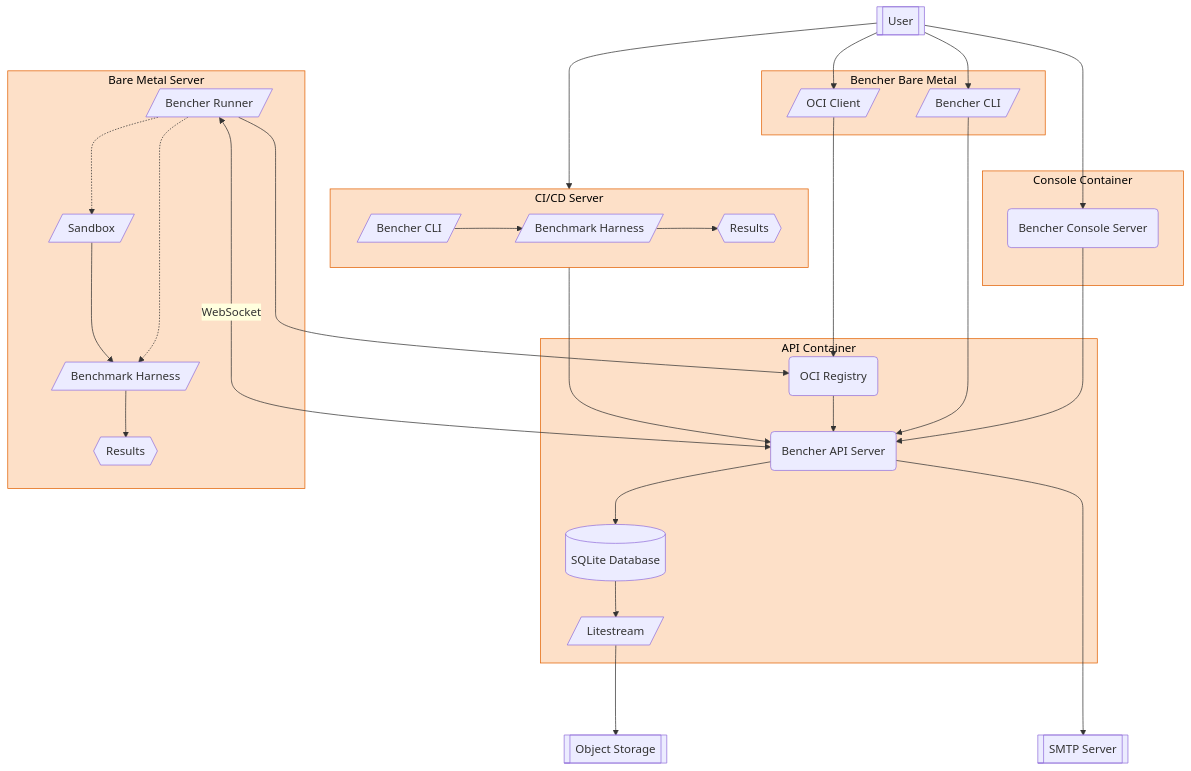
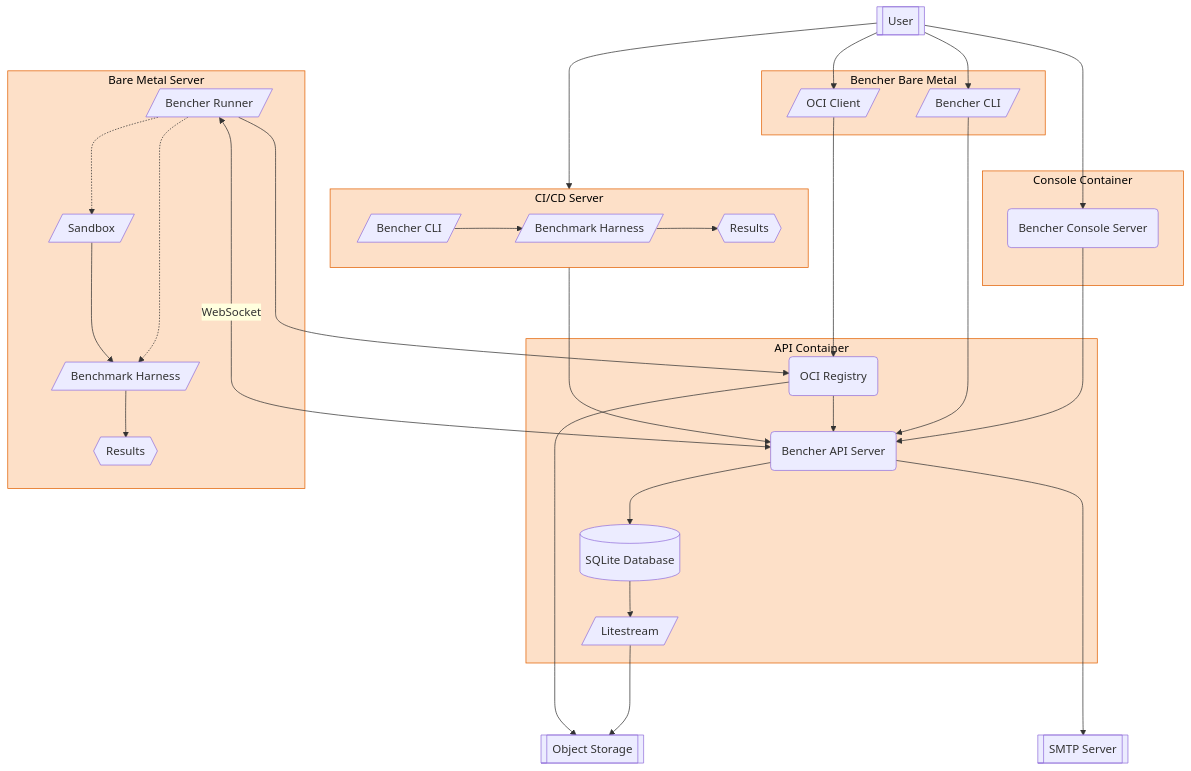
Before and after one commit to bencherdev/bencher: the diagram in services/console/diagrams/architecture.mmd, drawn with Mermaid.

Commit message:
object_storage

```diff
--- a/services/console/diagrams/architecture.mmd
+++ b/services/console/diagrams/architecture.mmd
@@ -1,67 +1,68 @@
 %%{init: {'theme': 'base', 'themeVariables': {'primaryColor': '#ECECFF', 'primaryBorderColor': '#9370DB', 'primaryTextColor': '#333', 'lineColor': '#333333', 'secondaryColor': '#ffffde', 'tertiaryColor': '#fff', 'clusterBkg': '#fde0c8', 'clusterBorder': '#e26000'}}}%%
 graph TD
 
 User[[User]]
 Console(Bencher Console Server)
 Cli[/Bencher CLI/]
 Api(Bencher API Server)
 Db[(SQLite Database)]
 Litestream[/Litestream/]
 Storage[[Object Storage]]
 Smtp[[SMTP Server]]
 BenchmarkHarness[/Benchmark Harness/]
 Runner[/Bencher Runner/]
 OciRegistry(OCI Registry)
 OciClient[/OCI Client/]
 BmCli[/Bencher CLI/]
 Sandbox[/Sandbox/]
 RunnerHarness[/Benchmark Harness/]
 
 User --> Console
 User --> OciClient
 User --> BmCli
 
 Console ---> Api
 subgraph Console Container
     Console
 end
 
 User --> Cli
 Cli ---> Api
 subgraph CiCdServer[CI/CD Server]
     direction LR
     Cli --> BenchmarkHarness
     BenchmarkHarness --> Results{{Results}}
 end
 
 OciClient ---> OciRegistry
 BmCli ---> Api
 subgraph BencherBareMetal[Bencher Bare Metal]
     OciClient
     BmCli
 end
 
 OciRegistry --> Api
 Api --> Db
 Db --> Litestream
 Litestream ---> Storage
+OciRegistry ---> Storage
 Api -----> Smtp
 subgraph API Container
     OciRegistry
     Api
     Db
     Litestream
 end
 
 Runner <--->|WebSocket| Api
 Runner ---> OciRegistry
 Runner -.-> Sandbox
 Runner -.-> RunnerHarness
 Sandbox --> RunnerHarness
 RunnerHarness --> RunnerResults{{Results}}
 subgraph BareMetalServer[Bare Metal Server]
     Runner
     Sandbox
     RunnerHarness
     RunnerResults
 end
```
